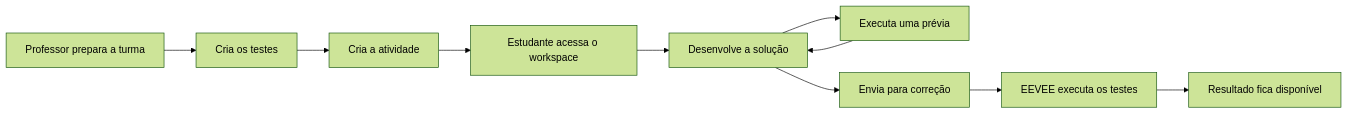
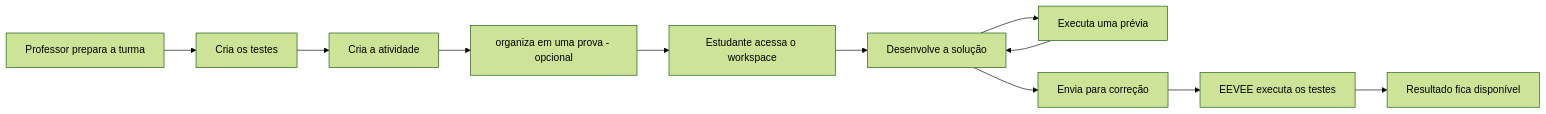
One commit to COCSI-MG/eevee changed the diagram in docs/how-it-works.md. Above: the diagram before and after it, drawn with Mermaid (forest theme). The commit also changed other lines of this file and 24 other files, not shown here.

````diff
--- a/docs/how-it-works.md
+++ b/docs/how-it-works.md
@@ -7,12 +7,13 @@
 ```mermaid
 flowchart LR
     P[Professor prepara a turma] --> T[Cria os testes]
     T --> A[Cria a atividade]
-    A --> E[Estudante acessa o workspace]
+    A --> O[organiza em uma prova - opcional]
+    O --> E[Estudante acessa o workspace]
     E --> D[Desenvolve a solução]
     D --> V[Executa uma prévia]
     V --> D
     D --> S[Envia para correção]
     S --> C[EEVEE executa os testes]
     C --> R[Resultado fica disponível]
 ```
````
